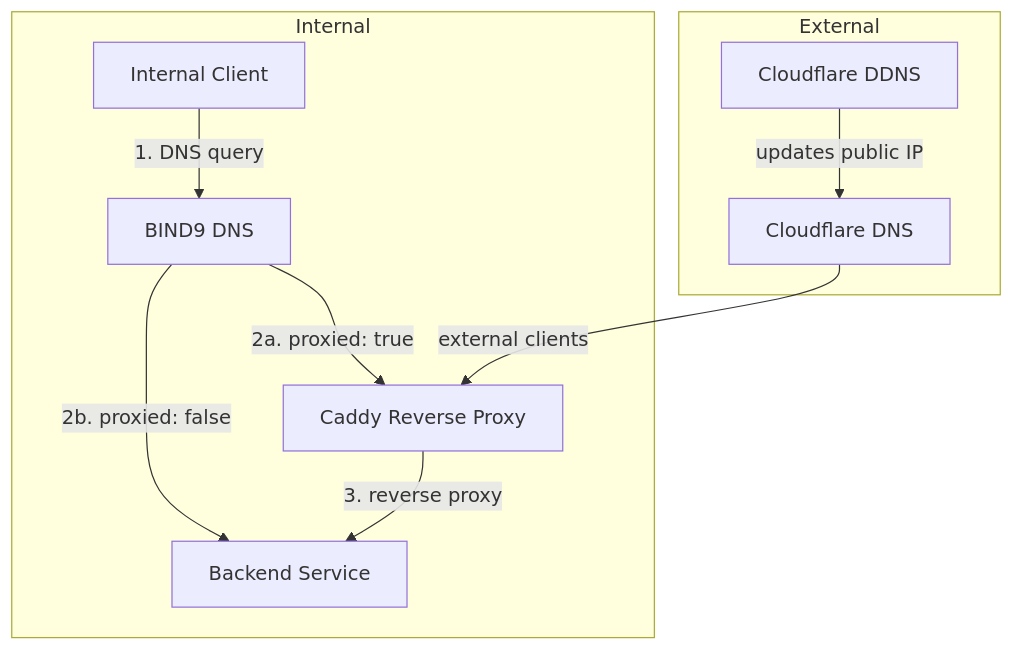
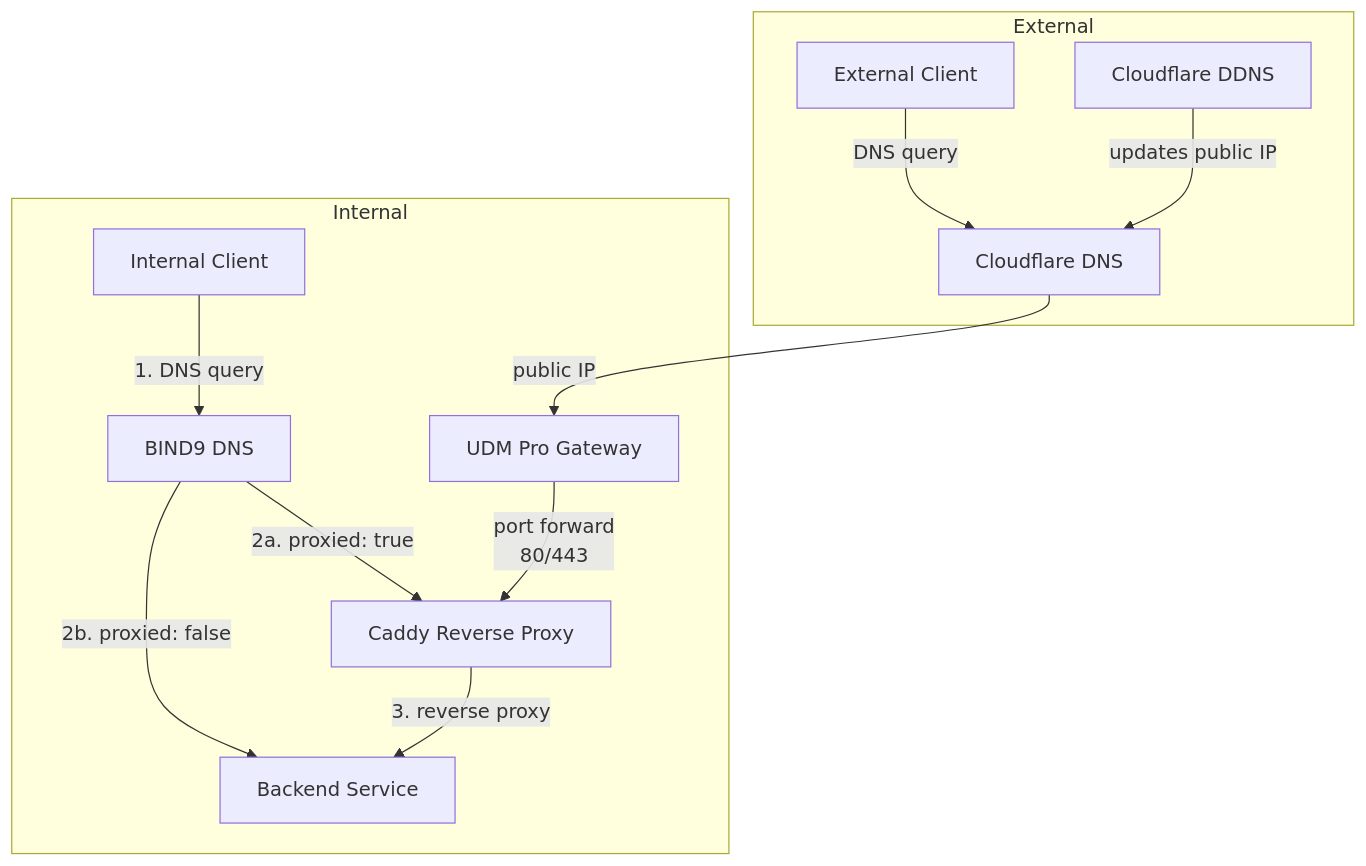
Before and after one commit to sfcal/homelab: the first of 3 diagrams in docs/infrastructure/networking/index.md, drawn with Mermaid. The commit also changed other lines of this file and 6 other files, not shown here.

````diff
--- a/docs/infrastructure/networking/index.md
+++ b/docs/infrastructure/networking/index.md
@@ -10,21 +10,25 @@
 ```mermaid
 graph TD
     subgraph External
+        ExtClient[External Client]
         CloudflareDNS[Cloudflare DNS]
         DDNS[Cloudflare DDNS]
     end
 
     subgraph Internal
+        UDM[UDM Pro Gateway]
         Client[Internal Client]
         BIND9[BIND9 DNS]
         Caddy[Caddy Reverse Proxy]
         Backend[Backend Service]
     end
 
     Client -->|1. DNS query| BIND9
     BIND9 -->|"2a. proxied: true"| Caddy
     BIND9 -->|"2b. proxied: false"| Backend
     Caddy -->|3. reverse proxy| Backend
-    CloudflareDNS -->|external clients| Caddy
+    ExtClient -->|DNS query| CloudflareDNS
+    CloudflareDNS -->|public IP| UDM
+    UDM -->|"port forward\n80/443"| Caddy
     DDNS -->|updates public IP| CloudflareDNS
 ```
````
